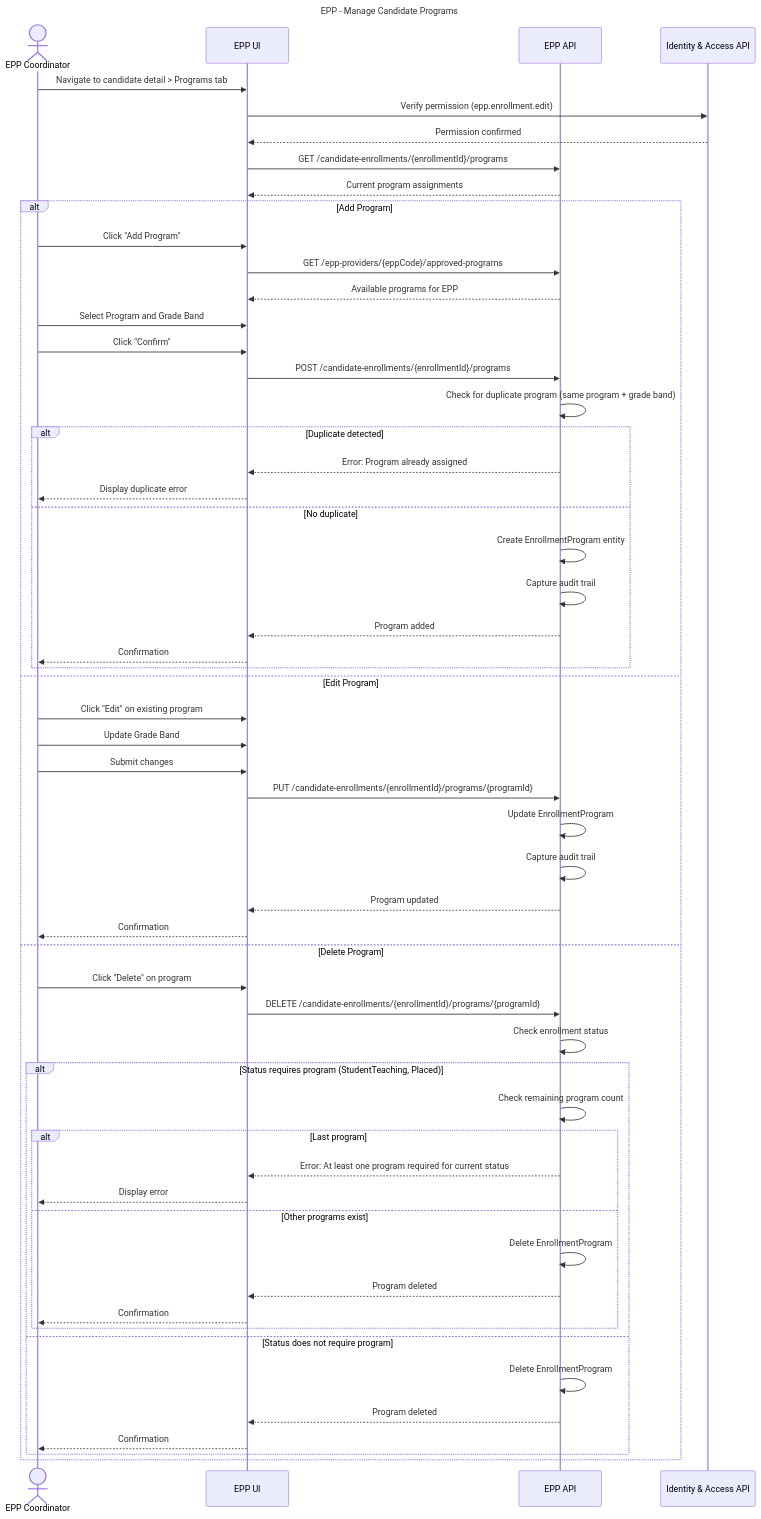
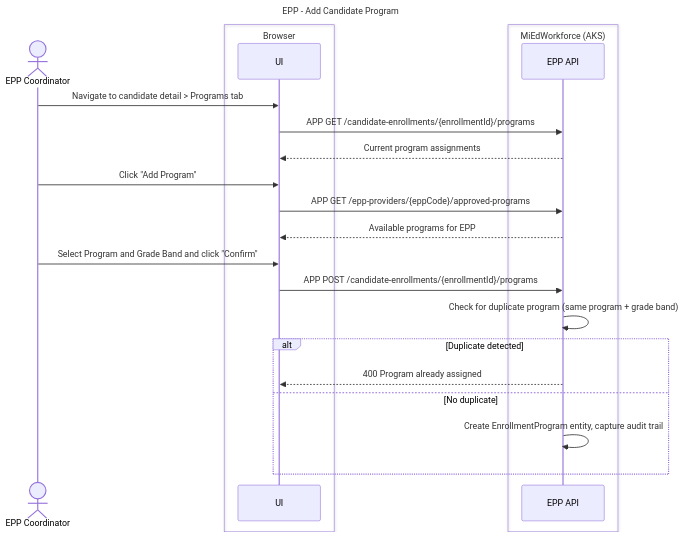
Diagram 12 of 29 in working-docs/solution-areas/epp/epp-sequences.md (mnichols-dl/mied-design), drawn with Mermaid before and after one commit. The commit also changed other lines of this file and 34 other files, not shown here.

Commit message:
Update sequences and perform RTM assessment

````diff
--- a/working-docs/solution-areas/epp/epp-sequences.md
+++ b/working-docs/solution-areas/epp/epp-sequences.md
@@ -700,71 +645,32 @@
 ```mermaid
 ---
-title: EPP - Manage Candidate Programs
+title: EPP - Add Candidate Program
 ---
 sequenceDiagram
     actor Coordinator as EPP Coordinator
-    participant UI as EPP UI
-    participant EPPService as EPP API
-    participant IAM as Identity & Access API
-    
+    box Browser
+    participant UI as UI
+    end
+    box MiEdWorkforce (AKS)
+    participant EppApi as EPP API
+    end
+
     Coordinator->>UI: Navigate to candidate detail > Programs tab
-    UI->>IAM: Verify permission (epp.enrollment.edit)
-    IAM-->>UI: Permission confirmed
-    
-    UI->>EPPService: GET /candidate-enrollments/{enrollmentId}/programs
-    EPPService-->>UI: Current program assignments
-    
-    alt Add Program
-        Coordinator->>UI: Click "Add Program"
-        UI->>EPPService: GET /epp-providers/{eppCode}/approved-programs
-        EPPService-->>UI: Available programs for EPP
-        
-        Coordinator->>UI: Select Program and Grade Band
-        Coordinator->>UI: Click "Confirm"
-        
-        UI->>EPPService: POST /candidate-enrollments/{enrollmentId}/programs
-        
-        EPPService->>EPPService: Check for duplicate program (same program + grade band)
-        alt Duplicate detected
-            EPPService-->>UI: Error: Program already assigned
-            UI-->>Coordinator: Display duplicate error
-        else No duplicate
-            EPPService->>EPPService: Create EnrollmentProgram entity
-            EPPService->>EPPService: Capture audit trail
-            EPPService-->>UI: Program added
-            UI-->>Coordinator: Confirmation
-        end
-        
-    else Edit Program
-        Coordinator->>UI: Click "Edit" on existing program
-        Coordinator->>UI: Update Grade Band
-        Coordinator->>UI: Submit changes
-        
-        UI->>EPPService: PUT /candidate-enrollments/{enrollmentId}/programs/{programId}
-        EPPService->>EPPService: Update EnrollmentProgram
-        EPPService->>EPPService: Capture audit trail
-        EPPService-->>UI: Program updated
-        UI-->>Coordinator: Confirmation
-        
-    else Delete Program
-        Coordinator->>UI: Click "Delete" on program
-        UI->>EPPService: DELETE /candidate-enrollments/{enrollmentId}/programs/{programId}
-        
-        EPPService->>EPPService: Check enrollment status
-        alt Status requires program (StudentTeaching, Placed)
-            EPPService->>EPPService: Check remaining program count
-            alt Last program
-                EPPService-->>UI: Error: At least one program required for current status
-                UI-->>Coordinator: Display error
-            else Other programs exist
-                EPPService->>EPPService: Delete EnrollmentProgram
-                EPPService-->>UI: Program deleted
-                UI-->>Coordinator: Confirmation
-            end
-        else Status does not require program
-            EPPService->>EPPService: Delete EnrollmentProgram
-            EPPService-->>UI: Program deleted
-            UI-->>Coordinator: Confirmation
-        end
+    UI->>EppApi: APP GET /candidate-enrollments/{enrollmentId}/programs
+    EppApi-->>UI: Current program assignments
+
+    Coordinator->>UI: Click "Add Program"
+    UI->>EppApi: APP GET /epp-providers/{eppCode}/approved-programs
+    EppApi-->>UI: Available programs for EPP
+
+    Coordinator->>UI: Select Program and Grade Band and click "Confirm"
+
+    UI->>EppApi: APP POST /candidate-enrollments/{enrollmentId}/programs
+    EppApi->>EppApi: Check for duplicate program (same program + grade band)
+
+    alt Duplicate detected
+        EppApi-->>UI: 400 Program already assigned
+    else No duplicate
+        EppApi->>EppApi: Create EnrollmentProgram entity, capture audit trail
     end
 ```
````
